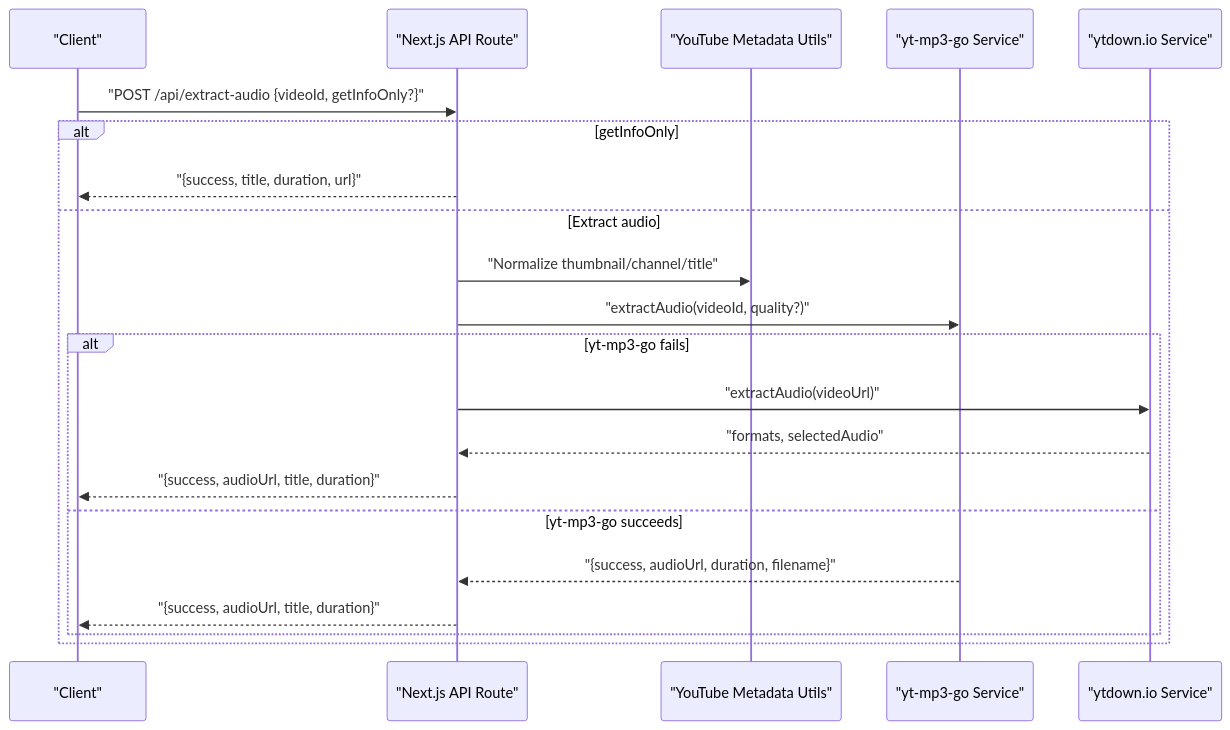
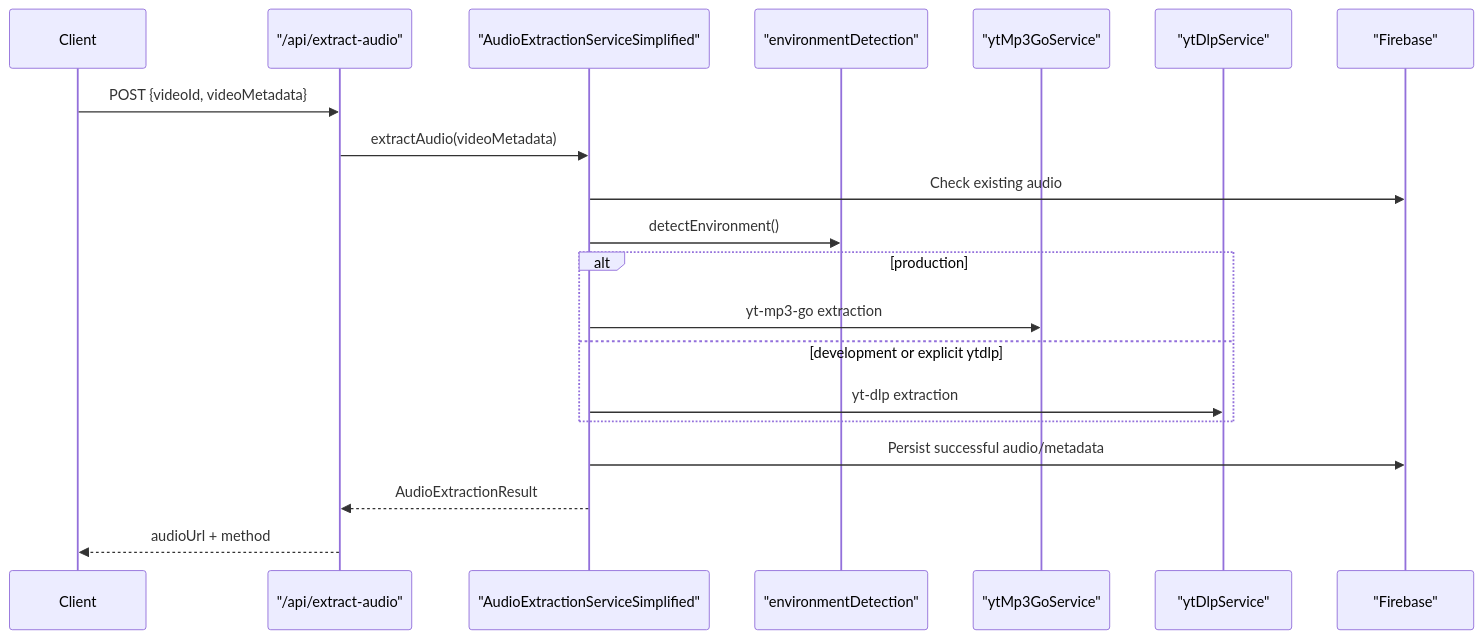
The second of 3 diagrams in .qoder/repowiki/en/content/Architecture and Design/Backend Architecture/Blueprint Organization/YouTube Blueprint.md (ptnghia-j/ChordMiniApp), drawn with Mermaid before and after one commit. The commit also changed other lines of this file and 18 other files, not shown here.

````diff
--- a/.qoder/repowiki/en/content/Architecture and Design/Backend Architecture/Blueprint Organization/YouTube Blueprint.md
+++ b/.qoder/repowiki/en/content/Architecture and Design/Backend Architecture/Blueprint Organization/YouTube Blueprint.md
@@ -110,23 +60,22 @@
 ```mermaid
 sequenceDiagram
-participant Client as "Client"
-participant FE as "Next.js API Route"
-participant YTM as "YouTube Metadata Utils"
-participant YTG as "yt-mp3-go Service"
-participant YTIO as "ytdown.io Service"
-Client->>FE : "POST /api/extract-audio {videoId, getInfoOnly?}"
-alt getInfoOnly
-FE-->>Client : "{success, title, duration, url}"
-else Extract audio
-FE->>YTM : "Normalize thumbnail/channel/title"
-FE->>YTG : "extractAudio(videoId, quality?)"
-alt yt-mp3-go fails
-FE->>YTIO : "extractAudio(videoUrl)"
-YTIO-->>FE : "formats, selectedAudio"
-FE-->>Client : "{success, audioUrl, title, duration}"
-else yt-mp3-go succeeds
-YTG-->>FE : "{success, audioUrl, duration, filename}"
-FE-->>Client : "{success, audioUrl, title, duration}"
+participant Client
+participant Extract as "/api/extract-audio"
+participant Audio as "AudioExtractionServiceSimplified"
+participant Env as "environmentDetection"
+participant MP3 as "ytMp3GoService"
+participant DLP as "ytDlpService"
+participant Store as "Firebase"
+Client->>Extract : POST {videoId, videoMetadata}
+Extract->>Audio : extractAudio(videoMetadata)
+Audio->>Store : Check existing audio
+Audio->>Env : detectEnvironment()
+alt production
+Audio->>MP3 : yt-mp3-go extraction
+else development or explicit ytdlp
+Audio->>DLP : yt-dlp extraction
 end
-end
+Audio->>Store : Persist successful audio/metadata
+Audio-->>Extract : AudioExtractionResult
+Extract-->>Client : audioUrl + method
 ```
````
